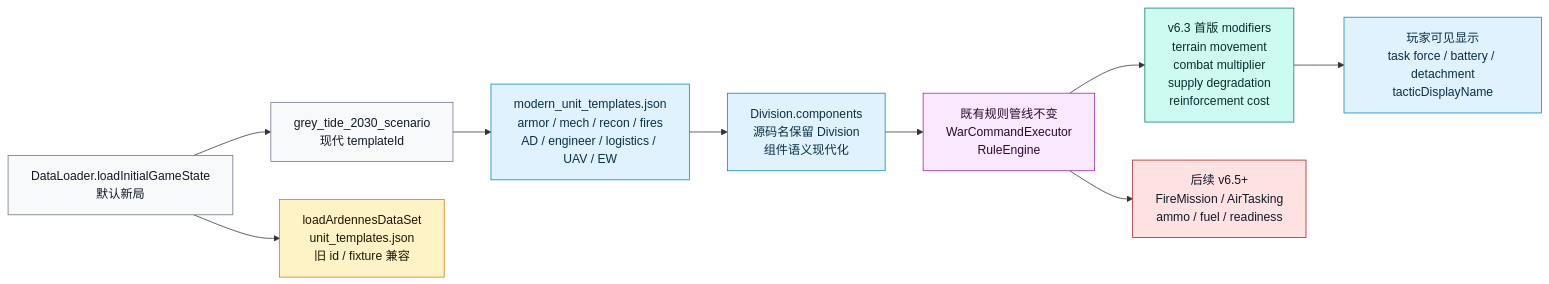
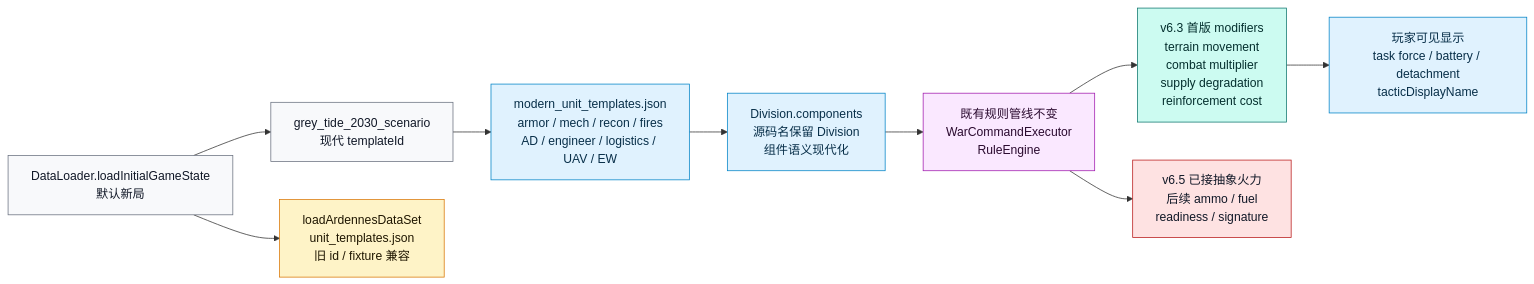
One commit to Altman-sam114/127 changed the fifth of 15 diagrams in md/flow/flowchart.md. Above: the diagram before and after it, drawn with Mermaid. The commit also changed other lines of this file and 17 other files, not shown here.

````diff
--- a/md/flow/flowchart.md
+++ b/md/flow/flowchart.md
@@ -141,24 +141,24 @@
 ```mermaid
 flowchart LR
     ENTRY["DataLoader.loadInitialGameState<br/>默认新局"]:::data
     GREY["grey_tide_2030_scenario<br/>现代 templateId"]:::data
     MODERN["modern_unit_templates.json<br/>armor / mech / recon / fires<br/>AD / engineer / logistics / UAV / EW"]:::state
     DIV["Division.components<br/>源码名保留 Division<br/>组件语义现代化"]:::state
     RULES["既有规则管线不变<br/>WarCommandExecutor<br/>RuleEngine"]:::command
     MODIFIERS["v6.3 首版 modifiers<br/>terrain movement<br/>combat multiplier<br/>supply degradation<br/>reinforcement cost"]:::rules
     UI["玩家可见显示<br/>task force / battery / detachment<br/>tacticDisplayName"]:::display
     LEGACY["loadArdennesDataSet<br/>unit_templates.json<br/>旧 id / fixture 兼容"]:::legacy
-    TODO["后续 v6.5+<br/>FireMission / AirTasking<br/>ammo / fuel / readiness"]:::risk
+    TODO["v6.5 已接抽象火力<br/>后续 ammo / fuel<br/>readiness / signature"]:::risk
 
     ENTRY --> GREY --> MODERN --> DIV --> RULES --> MODIFIERS --> UI
     ENTRY --> LEGACY
     RULES --> TODO
 
     classDef data fill:#f8f9fb,stroke:#6b7280,color:#111827
     classDef state fill:#e0f2fe,stroke:#0284c7,color:#082f49
     classDef rules fill:#ccfbf1,stroke:#0f766e,color:#042f2e
     classDef command fill:#fae8ff,stroke:#a21caf,color:#2a0a2f
     classDef display fill:#e0f2fe,stroke:#0284c7,color:#082f49
     classDef legacy fill:#fef3c7,stroke:#d97706,color:#1f1600
     classDef risk fill:#fee2e2,stroke:#b91c1c,color:#111827
 ```
````
